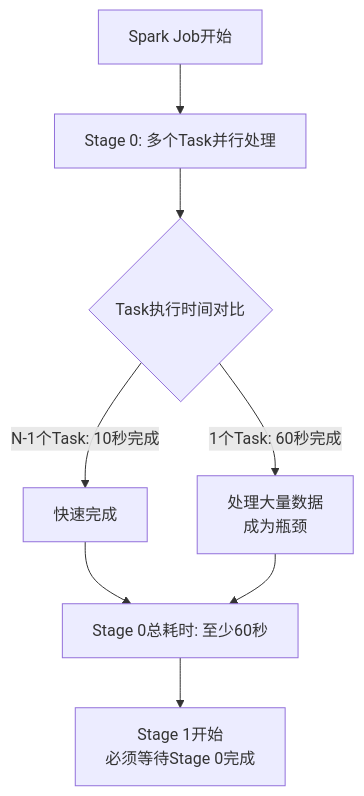
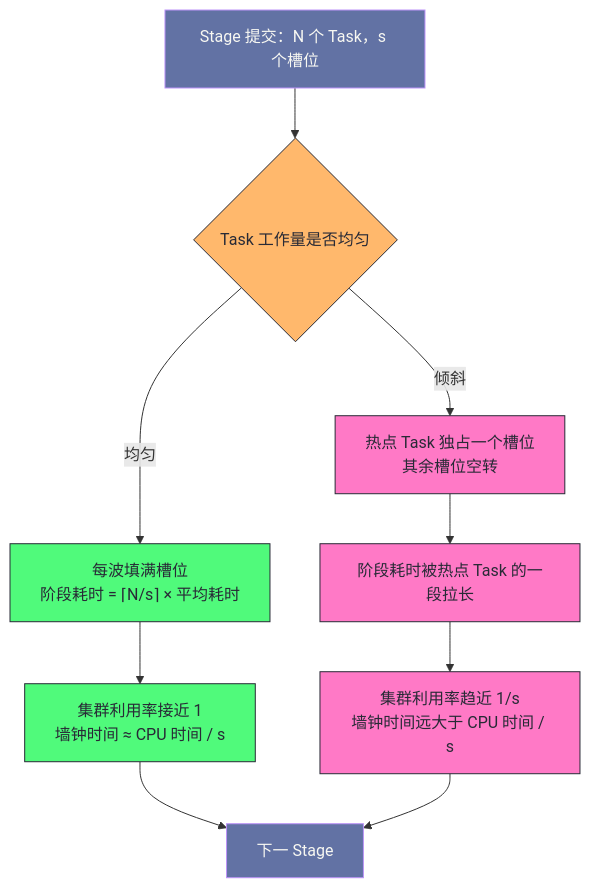
Before and after one commit to hpliStartAgain/my-brain: the first of 6 diagrams in content/大数据/Spark/读书笔记-spark内核/06_性能调优实战/9. 数据倾斜解决方案_上.md, drawn with Mermaid. The commit also changed other lines of this file and 259 other files, not shown here.

````diff
--- a/content/大数据/Spark/读书笔记-spark内核/06_性能调优实战/9. 数据倾斜解决方案_上.md
+++ b/content/大数据/Spark/读书笔记-spark内核/06_性能调优实战/9. 数据倾斜解决方案_上.md
@@ -26,10 +43,21 @@
 ```mermaid
+%%{init: {'theme': 'dracula'}}%%
 flowchart TD
-    A["Spark Job开始"] --> B["Stage 0: 多个Task并行处理"]
-    B --> C{"Task执行时间对比"}
-    C -->|"N-1个Task: 10秒完成"| D["快速完成"]
-    C -->|"1个Task: 60秒完成"| E["处理大量数据<br>成为瓶颈"]
-    D --> F["Stage 0总耗时: 至少60秒"]
-    E --> F
-    F --> G["Stage 1开始<br>必须等待Stage 0完成"]
+    A["Stage 提交：N 个 Task，s 个槽位"] --> B{"Task 工作量是否均匀"}
+    B -- "均匀" --> C["每波填满槽位<br/>阶段耗时 = ⌈N/s⌉ × 平均耗时"]
+    C --> D["集群利用率接近 1<br/>墙钟时间 ≈ CPU 时间 / s"]
+    B -- "倾斜" --> E["热点 Task 独占一个槽位<br/>其余槽位空转"]
+    E --> F["阶段耗时被热点 Task 的一段拉长"]
+    F --> G["集群利用率趋近 1/s<br/>墙钟时间远大于 CPU 时间 / s"]
+    D --> H["下一 Stage"]
+    G --> H
+    classDef flow fill:#6272a4,stroke:#bd93f9,color:#f8f8f2
+    classDef ask fill:#ffb86c,stroke:#282a36,color:#282a36
+    classDef bad fill:#ff79c6,stroke:#282a36,color:#282a36
+    classDef good fill:#50fa7b,stroke:#282a36,color:#282a36
+    class A flow
+    class B ask
+    class C,D good
+    class E,F,G bad
+    class H flow
 ```
````
